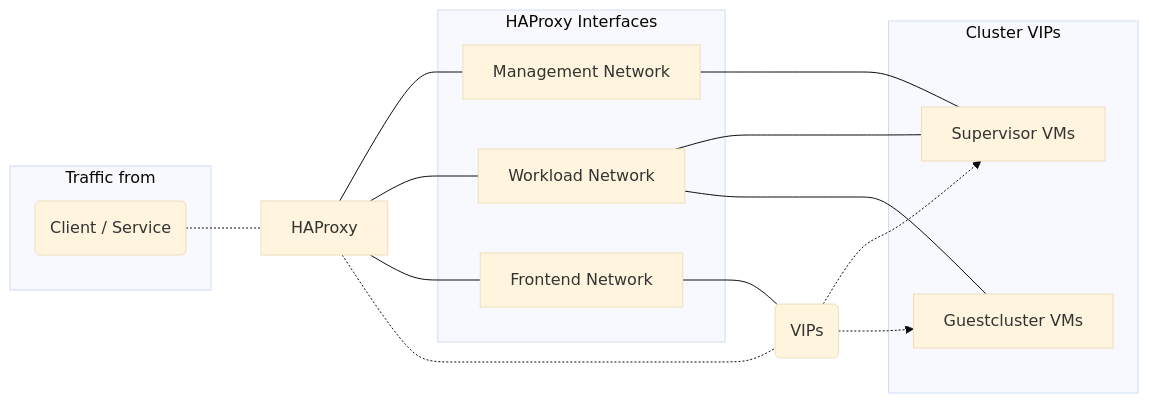
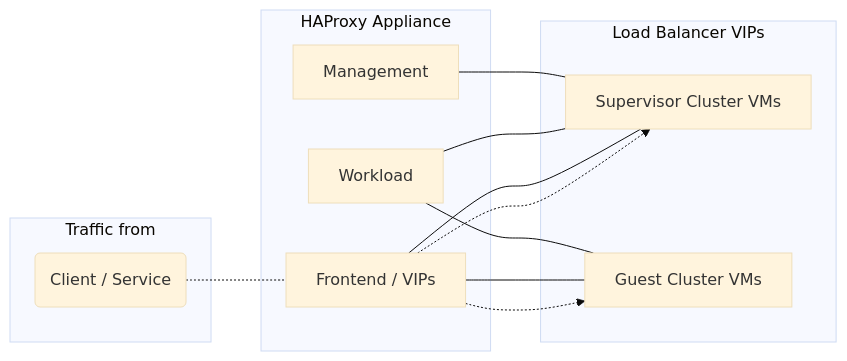
Before and after one commit to rguske/rguske.github.io: the diagram in post/vsphere-with-tanzu-troubleshooting-haproxy/index.md, drawn with Mermaid (base theme). The commit also changed 18 other files, not shown here.

Commit message:
changed mermaid data haproxy post

```diff
--- a/post/vsphere-with-tanzu-troubleshooting-haproxy/index.md
+++ b/post/vsphere-with-tanzu-troubleshooting-haproxy/index.md
@@ -48,24 +48,18 @@
 {{< mermaid >}}
 graph LR;
-    A[ HAProxy ]
-    subgraph HAProxy Interfaces
-    B[Management Network]
-    C[Workload Network]
-    D[Frontend Network]
-    end
-    E(VIPs)
-    subgraph Cluster VIPs
-    F[Supervisor VMs]
-    G[Guestcluster VMs]
+    subgraph HAProxy Appliance
+    A[ Management ]
+    B[ Workload ]
+    C[ Frontend / VIPs ]
     end
     subgraph Traffic from
-    H(Client / Service)
+    G( Client / Service )
     end
-    A --- B & C & D
-    D --- E
+    subgraph Load Balancer VIPs
+    E[ Supervisor Cluster VMs ]
+    F[ Guest Cluster VMs ]
+    end
+    A & B & C --- E
     B & C --- F
-    C --- G
-    E -.-> F & G
-    H -.- A
-    A -.- E
+    G -.- C -.-> F & E
 {{< /mermaid >}}
```
